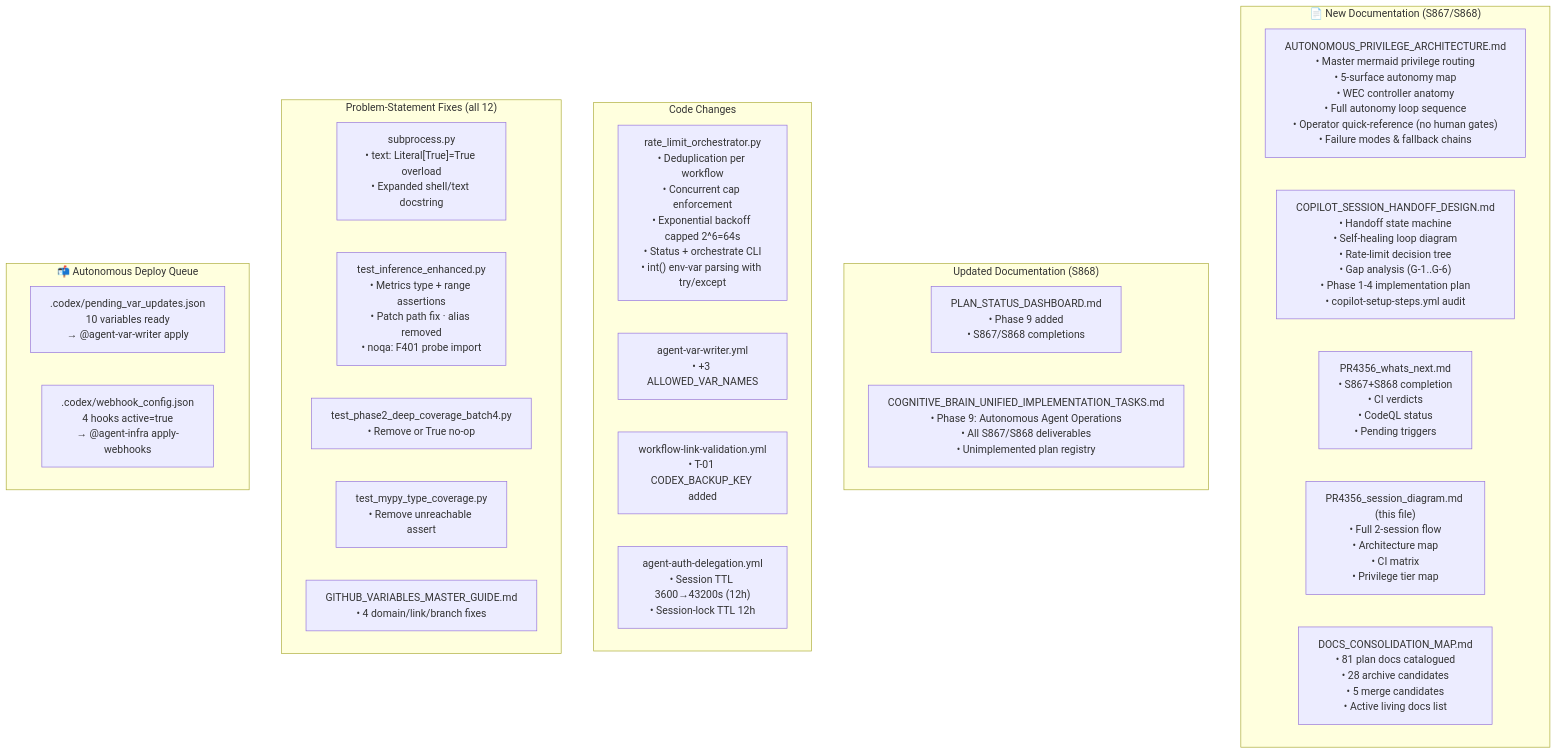
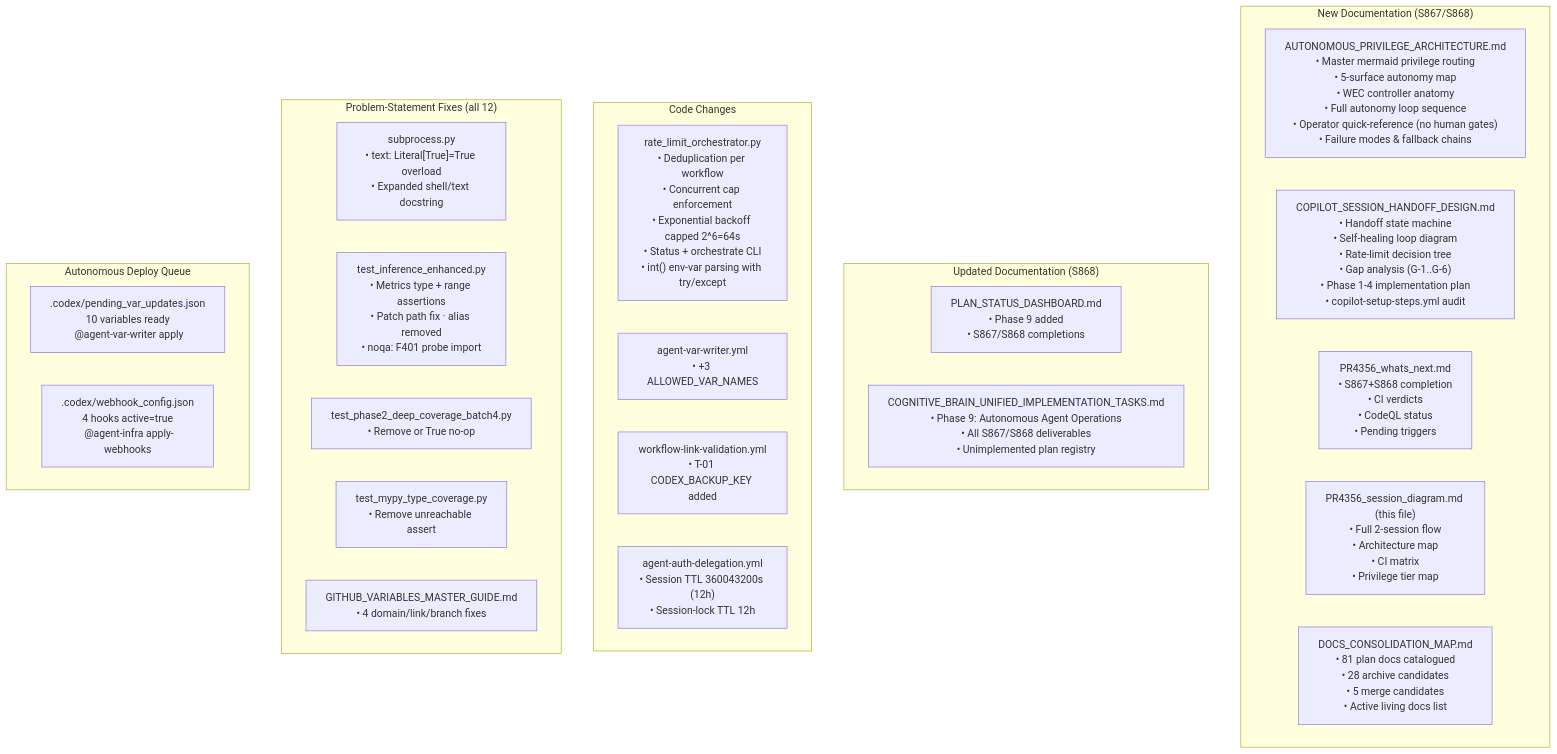
The second of 9 diagrams in docs/plans/PR4356_session_diagram.md (Aries-Serpent/_codex_), drawn with Mermaid before and after one commit. The commit also changed other lines of this file and 4117 other files, not shown here.

First line of the commit message:
Phase A: v0.2.0 Production Infrastructure Deployment - Ready for Release (#5334)

````diff
--- a/docs/plans/PR4356_session_diagram.md
+++ b/docs/plans/PR4356_session_diagram.md
@@ -82,36 +85,37 @@
 ```mermaid
-%%{init: {'accessibility': {'title': 'Flowchart showing "📄 New Documentation (S867/S868)", "AUTONOMOUS_PRIVILEGE_ARCHITECTURE.md\n• Master mermaid privilege routing\n• 5-surface autonomy map\n• WEC controller anatomy\n• Full autonomy loop sequence\n• Operator quick-reference (no human gates)\n• Failure modes & fallback chains"'}}%%
+%%{init: {'accessibility': {'title': 'Flowchart showing " New Documentation (S867/S868)", "AUTONOMOUS_PRIVILEGE_ARCHITECTURE.md\n• Master mermaid privilege routing\n• 5-surface autonomy map\n• WEC controller anatomy\n• Full autonomy loop sequence\n• Operator quick-reference (no human gates)\n• Failure modes & fallback chains"'}}%%
+
 graph TD
-    subgraph DOCS_NEW["📄 New Documentation (S867/S868)"]
-        D1["AUTONOMOUS_PRIVILEGE_ARCHITECTURE.md\n• Master mermaid privilege routing\n• 5-surface autonomy map\n• WEC controller anatomy\n• Full autonomy loop sequence\n• Operator quick-reference (no human gates)\n• Failure modes & fallback chains"]
-        D2["COPILOT_SESSION_HANDOFF_DESIGN.md\n• Handoff state machine\n• Self-healing loop diagram\n• Rate-limit decision tree\n• Gap analysis (G-1..G-6)\n• Phase 1-4 implementation plan\n• copilot-setup-steps.yml audit"]
-        D3["PR4356_whats_next.md\n• S867+S868 completion\n• CI verdicts\n• CodeQL status\n• Pending triggers"]
-        D4["PR4356_session_diagram.md (this file)\n• Full 2-session flow\n• Architecture map\n• CI matrix\n• Privilege tier map"]
-        D5["DOCS_CONSOLIDATION_MAP.md\n• 81 plan docs catalogued\n• 28 archive candidates\n• 5 merge candidates\n• Active living docs list"]
-    end
+ subgraph DOCS_NEW[" New Documentation (S867/S868)"]
+ D1["AUTONOMOUS_PRIVILEGE_ARCHITECTURE.md\n• Master mermaid privilege routing\n• 5-surface autonomy map\n• WEC controller anatomy\n• Full autonomy loop sequence\n• Operator quick-reference (no human gates)\n• Failure modes & fallback chains"]
+ D2["COPILOT_SESSION_HANDOFF_DESIGN.md\n• Handoff state machine\n• Self-healing loop diagram\n• Rate-limit decision tree\n• Gap analysis (G-1..G-6)\n• Phase 1-4 implementation plan\n• copilot-setup-steps.yml audit"]
+ D3["PR4356_whats_next.md\n• S867+S868 completion\n• CI verdicts\n• CodeQL status\n• Pending triggers"]
+ D4["PR4356_session_diagram.md (this file)\n• Full 2-session flow\n• Architecture map\n• CI matrix\n• Privilege tier map"]
+ D5["DOCS_CONSOLIDATION_MAP.md\n• 81 plan docs catalogued\n• 28 archive candidates\n• 5 merge candidates\n• Active living docs list"]
+ end
 
-    subgraph DOCS_UPDATED[" Updated Documentation (S868)"]
-        U1["PLAN_STATUS_DASHBOARD.md\n• Phase 9 added\n• S867/S868 completions"]
-        U2["COGNITIVE_BRAIN_UNIFIED_IMPLEMENTATION_TASKS.md\n• Phase 9: Autonomous Agent Operations\n• All S867/S868 deliverables\n• Unimplemented plan registry"]
-    end
+ subgraph DOCS_UPDATED[" Updated Documentation (S868)"]
+ U1["PLAN_STATUS_DASHBOARD.md\n• Phase 9 added\n• S867/S868 completions"]
+ U2["COGNITIVE_BRAIN_UNIFIED_IMPLEMENTATION_TASKS.md\n• Phase 9: Autonomous Agent Operations\n• All S867/S868 deliverables\n• Unimplemented plan registry"]
+ end
 
-    subgraph CODE[" Code Changes"]
-        C1["rate_limit_orchestrator.py\n• Deduplication per workflow\n• Concurrent cap enforcement\n• Exponential backoff capped 2^6=64s\n• Status + orchestrate CLI\n• int() env-var parsing with try/except"]
-        C2["agent-var-writer.yml\n• +3 ALLOWED_VAR_NAMES"]
-        C3["workflow-link-validation.yml\n• T-01 CODEX_BACKUP_KEY added"]
-        C4["agent-auth-delegation.yml\n• Session TTL 3600→43200s (12h)\n• Session-lock TTL 12h"]
-    end
+ subgraph CODE[" Code Changes"]
+ C1["rate_limit_orchestrator.py\n• Deduplication per workflow\n• Concurrent cap enforcement\n• Exponential backoff capped 2^6=64s\n• Status + orchestrate CLI\n• int() env-var parsing with try/except"]
+ C2["agent-var-writer.yml\n• +3 ALLOWED_VAR_NAMES"]
+ C3["workflow-link-validation.yml\n• T-01 CODEX_BACKUP_KEY added"]
+ C4["agent-auth-delegation.yml\n• Session TTL 360043200s (12h)\n• Session-lock TTL 12h"]
+ end
 
-    subgraph FIXES[" Problem-Statement Fixes (all 12)"]
-        F1["subprocess.py\n• text: Literal[True]=True overload\n• Expanded shell/text docstring"]
-        F2["test_inference_enhanced.py\n• Metrics type + range assertions\n• Patch path fix · alias removed\n• noqa: F401 probe import"]
-        F3["test_phase2_deep_coverage_batch4.py\n• Remove or True no-op"]
-        F4["test_mypy_type_coverage.py\n• Remove unreachable assert"]
-        F5["GITHUB_VARIABLES_MASTER_GUIDE.md\n• 4 domain/link/branch fixes"]
-    end
+ subgraph FIXES[" Problem-Statement Fixes (all 12)"]
+ F1["subprocess.py\n• text: Literal[True]=True overload\n• Expanded shell/text docstring"]
+ F2["test_inference_enhanced.py\n• Metrics type + range assertions\n• Patch path fix · alias removed\n• noqa: F401 probe import"]
+ F3["test_phase2_deep_coverage_batch4.py\n• Remove or True no-op"]
+ F4["test_mypy_type_coverage.py\n• Remove unreachable assert"]
+ F5["GITHUB_VARIABLES_MASTER_GUIDE.md\n• 4 domain/link/branch fixes"]
+ end
 
-    subgraph QUEUE["📬 Autonomous Deploy Queue"]
-        Q1[".codex/pending_var_updates.json\n10 variables ready\n→ @agent-var-writer apply"]
-        Q2[".codex/webhook_config.json\n4 hooks active=true\n→ @agent-infra apply-webhooks"]
-    end
+ subgraph QUEUE[" Autonomous Deploy Queue"]
+ Q1[".codex/pending_var_updates.json\n10 variables ready\n @agent-var-writer apply"]
+ Q2[".codex/webhook_config.json\n4 hooks active=true\n @agent-infra apply-webhooks"]
+ end
 ```
````
